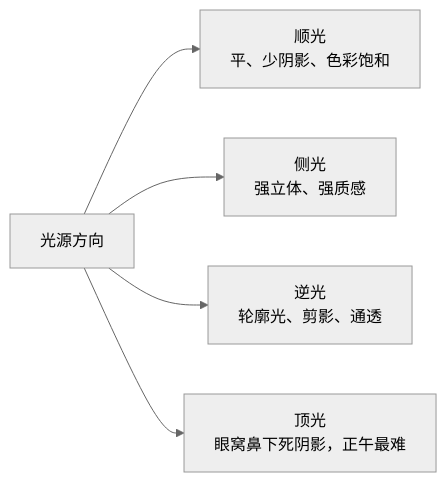
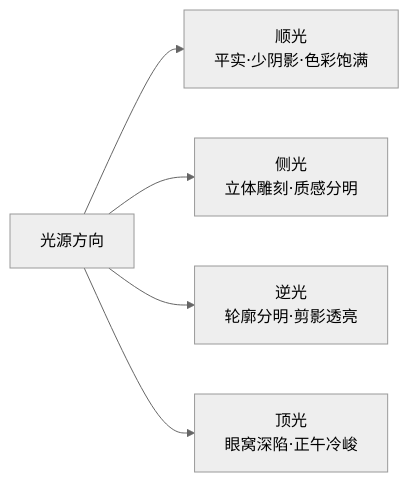
One commit to yingwang/photography-book changed the first of 2 diagrams in docs/02-light.md. Above: the diagram before and after it, drawn with Mermaid (neutral theme). The commit also changed other lines of this file and 16 other files, not shown here.

````diff
--- a/docs/02-light.md
+++ b/docs/02-light.md
@@ -43,7 +45,7 @@
 ```mermaid
 graph LR
-  L["光源方向"] --> A["顺光<br/>平、少阴影、色彩饱和"]
-  L --> B["侧光<br/>强立体、强质感"]
-  L --> C["逆光<br/>轮廓光、剪影、通透"]
-  L --> D["顶光<br/>眼窝鼻下死阴影，正午最难"]
+  L["光源方向"] --> A["顺光<br/>平实·少阴影·色彩饱满"]
+  L --> B["侧光<br/>立体雕刻·质感分明"]
+  L --> C["逆光<br/>轮廓分明·剪影透亮"]
+  L --> D["顶光<br/>眼窝深陷·正午冷峻"]
 ```
````
